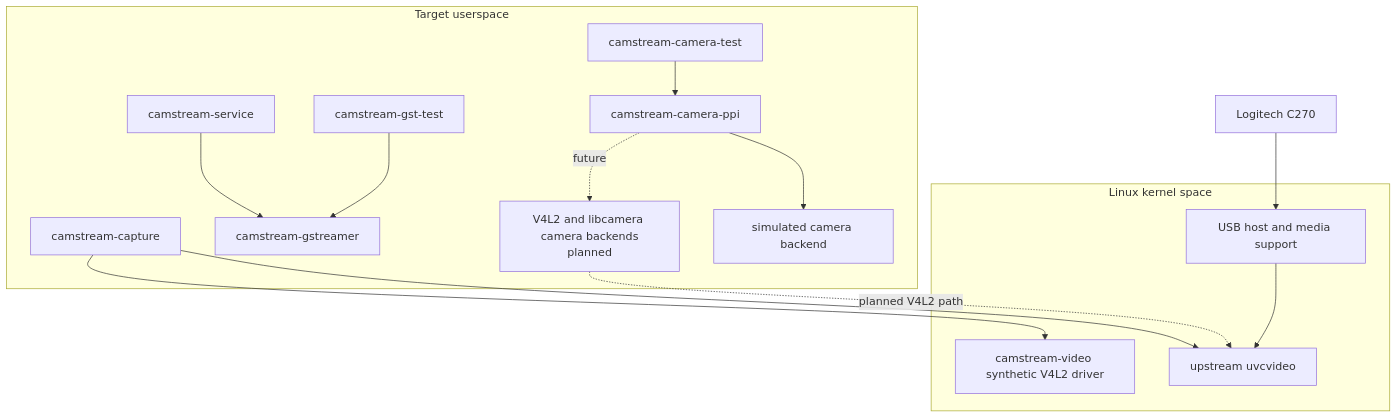
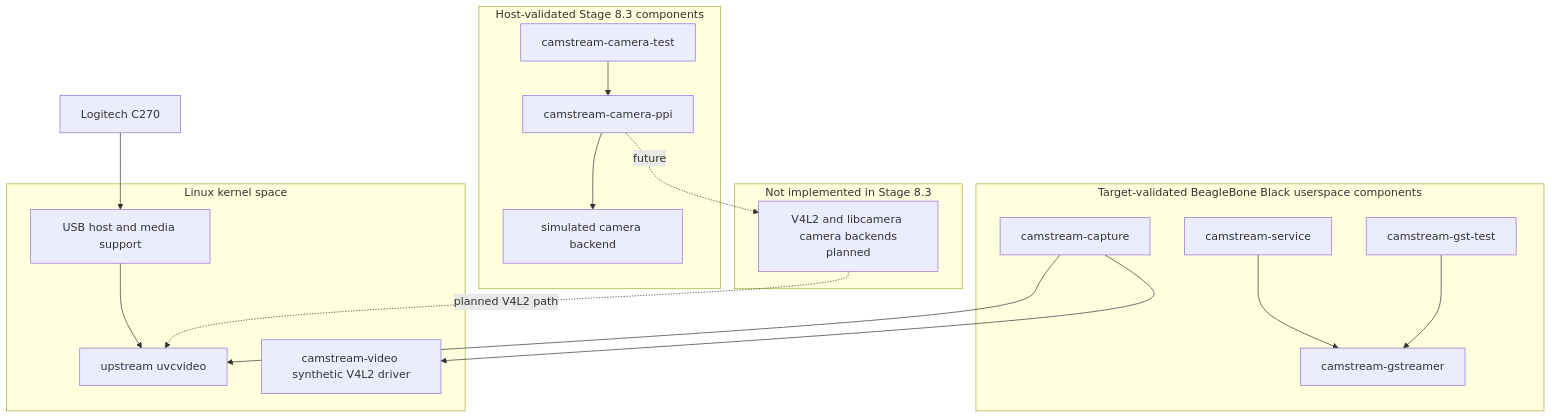
Before and after one commit to tungnhs2014/camstream-control: the second of 2 diagrams in docs/architecture/system-overview.md, drawn with Mermaid. The commit also changed other lines of this file and 9 other files, not shown here.

````diff
--- a/docs/architecture/system-overview.md
+++ b/docs/architecture/system-overview.md
@@ -43,28 +43,34 @@
 ```mermaid
 flowchart TB
-    subgraph Userspace[Target userspace]
+    subgraph TargetUserspace[Target-validated BeagleBone Black userspace components]
         Service[camstream-service]
         Capture[camstream-capture]
         GstTest[camstream-gst-test]
+        GstLib[camstream-gstreamer]
+    end
+
+    subgraph HostValidated[Host-validated Stage 8.3 components]
         PpiTest[camstream-camera-test]
-        GstLib[camstream-gstreamer]
         PPI[camstream-camera-ppi]
         Simulated[simulated camera backend]
+    end
+
+    subgraph Planned[Not implemented in Stage 8.3]
         FutureBackends["V4L2 and libcamera camera backends<br/>planned"]
     end
 
     subgraph Kernel[Linux kernel space]
         Uvc[upstream uvcvideo]
         Synthetic[camstream-video synthetic V4L2 driver]
         Usb[USB host and media support]
     end
 
     C270[Logitech C270] --> Usb --> Uvc
     Service --> GstLib
     GstTest --> GstLib
     Capture --> Uvc
     Capture --> Synthetic
     PpiTest --> PPI --> Simulated
     PPI -. future .-> FutureBackends
     FutureBackends -. planned V4L2 path .-> Uvc
 ```
````
